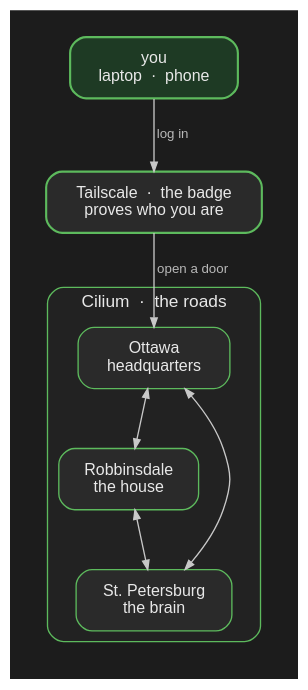
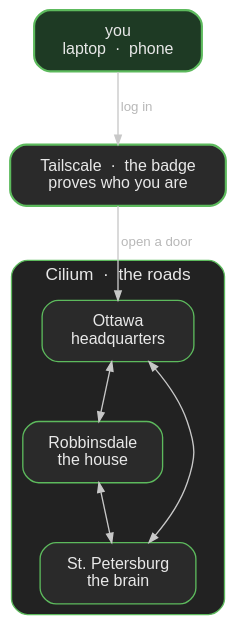
The diagram in content/post/self-hosting-an-ai-cdn/roads-and-badges.dot (rajsinghtech/portfolio), drawn with Graphviz before and after one commit. The commit also changed 27 other files, not shown here.

```diff
--- a/content/post/self-hosting-an-ai-cdn/roads-and-badges.dot
+++ b/content/post/self-hosting-an-ai-cdn/roads-and-badges.dot
@@ -1,33 +1,33 @@
 digraph roads {
   graph [
-    rankdir=TB, splines=spline, bgcolor="#1c1c1c",
+    rankdir=TB, splines=spline, bgcolor="transparent",
     fontname="Helvetica", fontsize=12, pad=0.28, nodesep=0.5, ranksep=0.6,
     fontcolor="#e8e8e8"
   ];
   node [fontname="Helvetica", fontsize=12, shape=box, style="filled,rounded",
         fillcolor="#2a2a2a", color="#5dba5d", fontcolor="#e8e8e8", margin="0.22,0.14"];
   edge [fontname="Helvetica", fontsize=10, color="#c8c8c8", fontcolor="#b8b8b8", arrowsize=0.7];
 
   you [
     label="you\nlaptop  ·  phone",
     fillcolor="#1e3a24", color="#5dba5d", penwidth=1.6
   ];
   ts [
     label="Tailscale  ·  the badge\nproves who you are",
     fillcolor="#2a2a2a", color="#5dba5d", penwidth=1.6
   ];
 
   subgraph cluster_roads {
     label="Cilium  ·  the roads";
     style="rounded,filled"; fillcolor="#222222"; color="#5dba5d"; fontsize=13; fontcolor="#e8e8e8";
     ot [label="Ottawa\nheadquarters"];
     rb [label="Robbinsdale\nthe house"];
     sp [label="St. Petersburg\nthe brain"];
     ot -> rb [dir=both];
     ot -> sp [dir=both];
     rb -> sp [dir=both];
   }
 
   you -> ts [label="log in"];
   ts -> ot [label="open a door"];
 }
```
